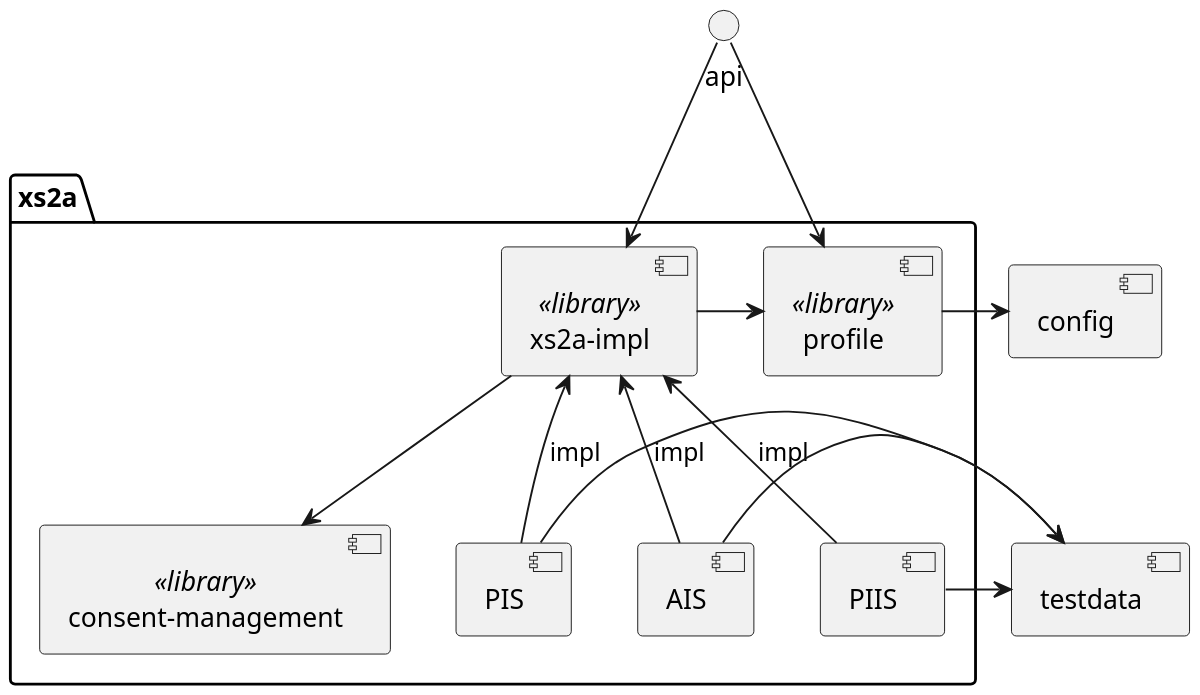
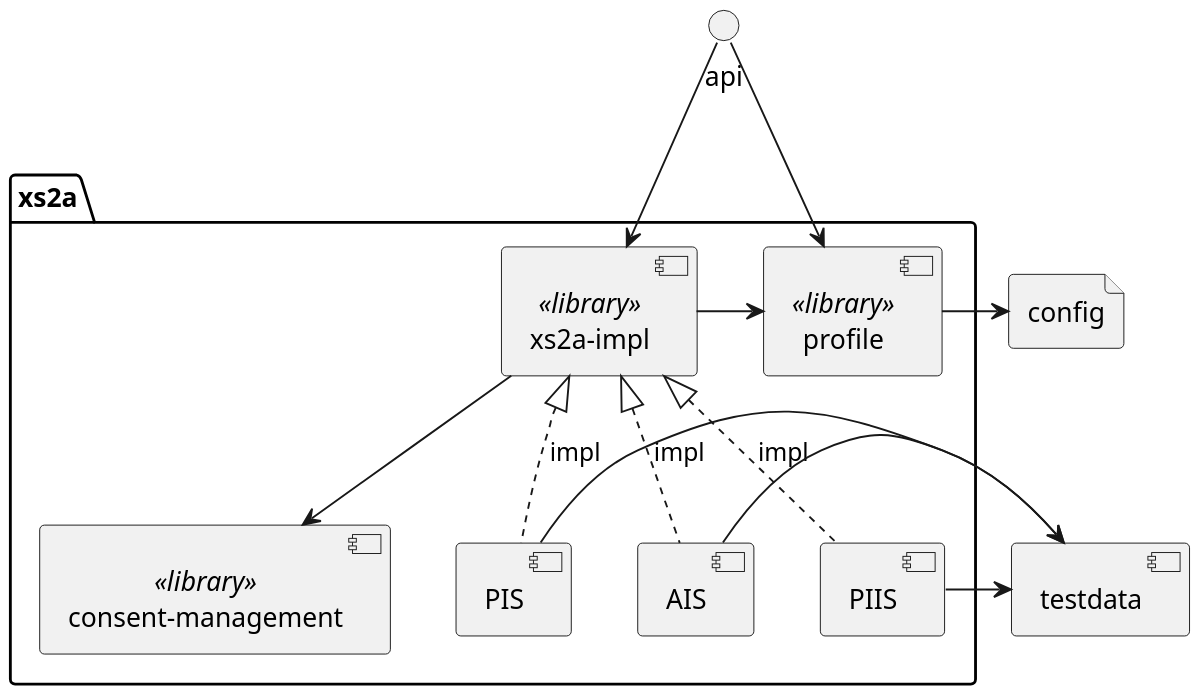
One commit to adorsys/psd2-accelerator changed the diagram in arc42/diagrams/whitebox-2.puml. Above: the diagram before and after it, drawn with PlantUML. The commit also changed 46 other files, not shown here.

```diff
--- a/arc42/diagrams/whitebox-2.puml
+++ b/arc42/diagrams/whitebox-2.puml
@@ -1,38 +1,38 @@
 @startuml whitebox-2-xs2a
 
 skinparam shadowing false
 scale 1200 width
 
 () api
 [testdata]
-[config]
+file config
 
 package xs2a {
 
-  [xs2a-impl] as ximpl <<library>>
+  [xs2a-impl] as xs2alib <<library>>
   [profile]<<library>>
   [consent-management] as cms <<library>>
 
-  api --> ximpl
+  api --> xs2alib
   api --> profile
 
-  ximpl -> profile
+  xs2alib -> profile
   config <- profile
 
-  ximpl <-- [PIS] : impl
-  ximpl <-- [AIS] : impl
-  ximpl <-- [PIIS] : impl
-  ximpl --> cms
+  xs2alib <|.. [PIS] : impl
+  xs2alib <|.. [AIS] : impl
+  xs2alib <|.. [PIIS] : impl
+  xs2alib --> cms
 
   PIS -> testdata
   AIS -> testdata
   PIIS -> testdata
 
   ' only for layouting
-  cms -[hidden]> AIS
-  cms -[hidden]> PIS
-  cms -[hidden]> PIIS
+  cms -[hidden] AIS
+  cms -[hidden] PIS
+  cms -[hidden] PIIS
 
 }
 
 @enduml
```
